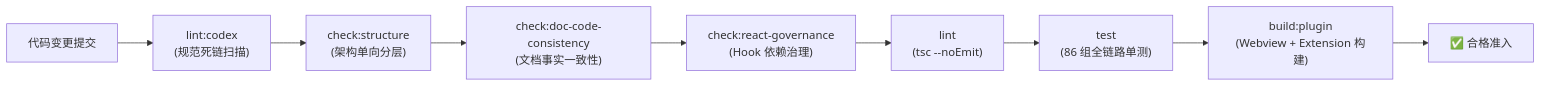
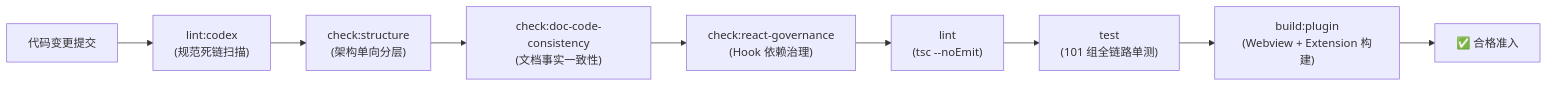
Before and after one commit to fsyyzz/OmniView-Open: the sixth of 6 diagrams in docs/architecture.md, drawn with Mermaid. The commit also changed other lines of this file and 13 other files, not shown here.

````diff
--- a/docs/architecture.md
+++ b/docs/architecture.md
@@ -217,11 +231,11 @@
 ```mermaid
 flowchart LR
     Commit["代码变更提交"] --> G1["lint:codex<br/>(规范死链扫描)"]
     G1 --> G2["check:structure<br/>(架构单向分层)"]
     G2 --> G3["check:doc-code-consistency<br/>(文档事实一致性)"]
     G3 --> G4["check:react-governance<br/>(Hook 依赖治理)"]
     G4 --> G5["lint<br/>(tsc --noEmit)"]
-    G5 --> G6["test<br/>(86 组全链路单测)"]
+    G5 --> G6["test<br/>(101 组全链路单测)"]
     G6 --> G7["build:plugin<br/>(Webview + Extension 构建)"]
     G7 --> Pass["✅ 合格准入"]
 ```
````
